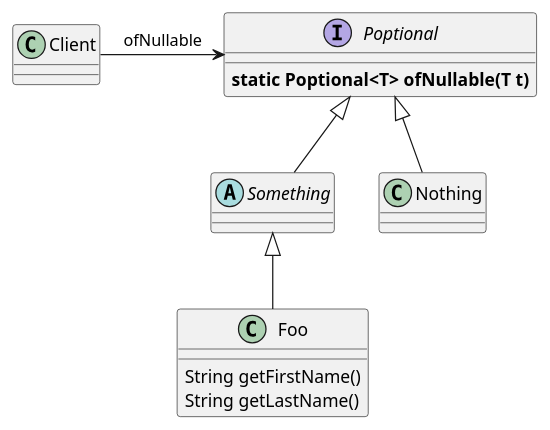
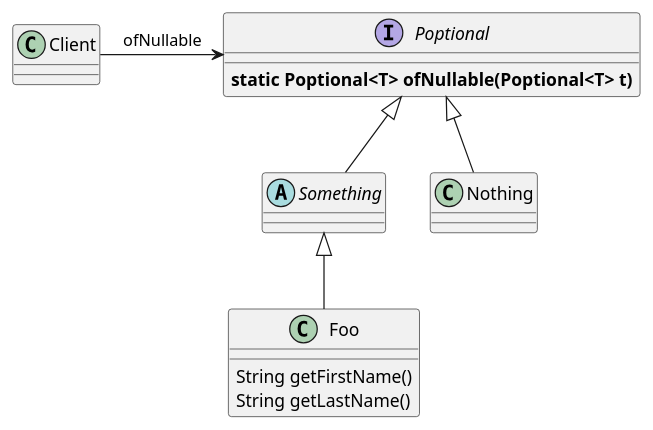
One commit to vivekmore/optional4j changed the diagram in ioptional-specification/src/main/resources/ioptional-class-diagram.puml. Above: the diagram before and after it, drawn with PlantUML. The commit also changed 17 other files, not shown here.

```diff
--- a/ioptional-specification/src/main/resources/ioptional-class-diagram.puml
+++ b/ioptional-specification/src/main/resources/ioptional-class-diagram.puml
@@ -1,19 +1,19 @@
 @startuml
 
 class Client{
 }
 interface Poptional{
-    <B>static Poptional<T> ofNullable(T t)
+    <B>static Poptional<T> ofNullable(Poptional<T> t)
 }
 abstract class Something
 class Nothing
 class Foo {
     String getFirstName()
     String getLastName()
 }
 
 Poptional <|-- Something
 Poptional <|-- Nothing
 Something <|-- Foo
 Client -> Poptional: ofNullable
 @enduml
```
